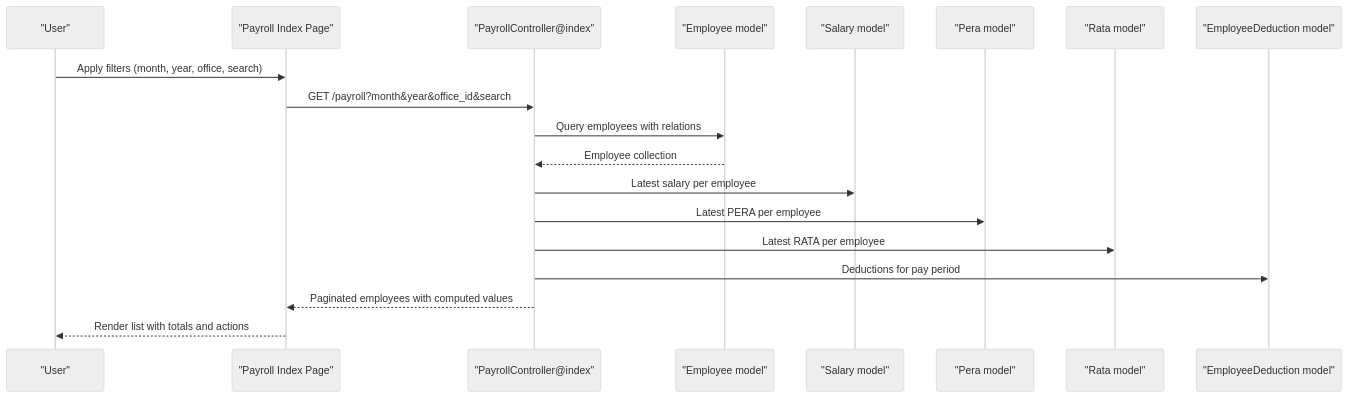
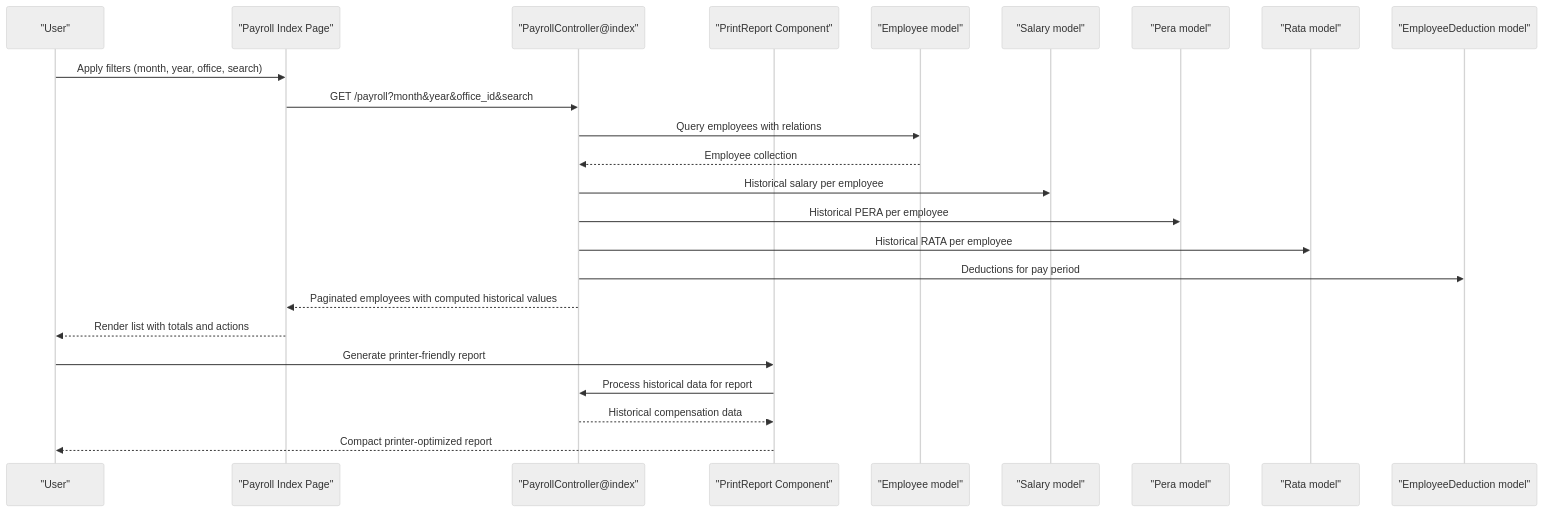
Before and after one commit to vincet0t15/template: the second of 12 diagrams in .qoder/repowiki/en/content/Payroll System/Payroll Reports & Analytics.md, drawn with Mermaid (neutral theme). The commit also changed other lines of this file and 11 other files, not shown here.

````diff
--- a/.qoder/repowiki/en/content/Payroll System/Payroll Reports & Analytics.md
+++ b/.qoder/repowiki/en/content/Payroll System/Payroll Reports & Analytics.md
@@ -95,21 +118,26 @@
 ```mermaid
 sequenceDiagram
 participant U as "User"
 participant IDX as "Payroll Index Page"
 participant CTRL as "PayrollController@index"
+participant PR as "PrintReport Component"
 participant EMP as "Employee model"
 participant SAL as "Salary model"
 participant PER as "Pera model"
 participant RAT as "Rata model"
 participant DED as "EmployeeDeduction model"
 U->>IDX : Apply filters (month, year, office, search)
 IDX->>CTRL : GET /payroll?month&year&office_id&search
 CTRL->>EMP : Query employees with relations
 EMP-->>CTRL : Employee collection
-CTRL->>SAL : Latest salary per employee
-CTRL->>PER : Latest PERA per employee
-CTRL->>RAT : Latest RATA per employee
+CTRL->>SAL : Historical salary per employee
+CTRL->>PER : Historical PERA per employee
+CTRL->>RAT : Historical RATA per employee
 CTRL->>DED : Deductions for pay period
-CTRL-->>IDX : Paginated employees with computed values
+CTRL-->>IDX : Paginated employees with computed historical values
 IDX-->>U : Render list with totals and actions
+U->>PR : Generate printer-friendly report
+PR->>CTRL : Process historical data for report
+CTRL-->>PR : Historical compensation data
+PR-->>U : Compact printer-optimized report
 ```
````
